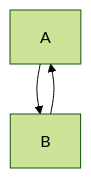
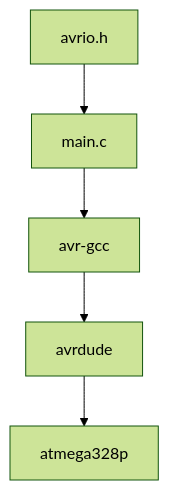
The diagram in README.md (lumagician/low-level-avr), drawn with Mermaid (forest theme) before and after one commit. The commit also changed 1 other file, not shown here.

Commit message:
mermaid lets gooo

````diff
--- a/README.md
+++ b/README.md
@@ -4,5 +4,7 @@
 ```mermaid
     graph TD;
-    A-->B;
-    B-->A;
+    main.c --> avr-gcc;
+    avrio.h --> main.c;
+    avr-gcc --> avrdude;
+    avrdude --> atmega328p;
 ```
````
